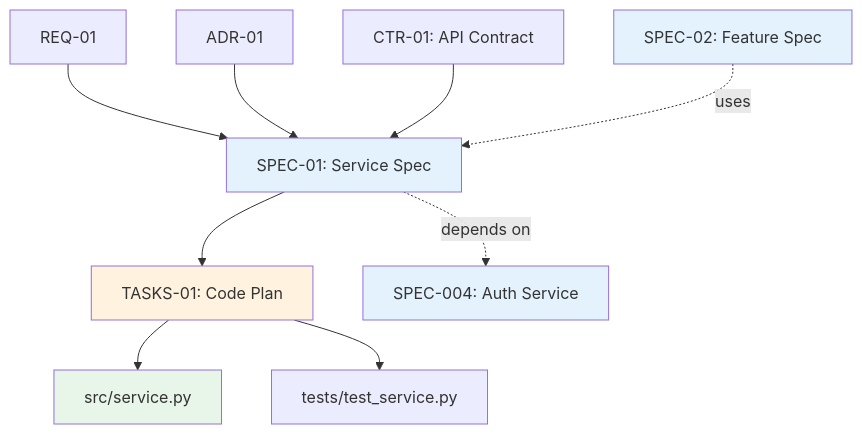
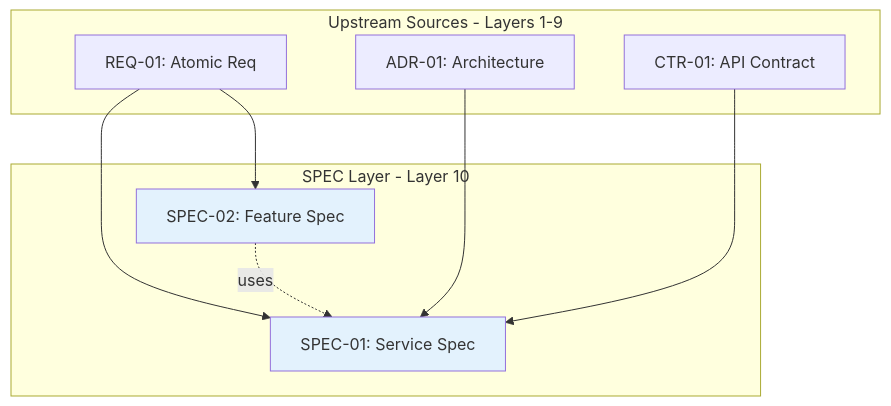
The diagram in ai_dev_flow/SPEC/SPEC-000_TRACEABILITY_MATRIX-TEMPLATE.md (vladm3105/aidoc-flow-framework), drawn with Mermaid before and after one commit. The commit also changed other lines of this file and 6 other files, not shown here.

First line of the commit message:
docs: refactor ADR traceability matrix to upstream-only focus

````diff
--- a/ai_dev_flow/SPEC/SPEC-000_TRACEABILITY_MATRIX-TEMPLATE.md
+++ b/ai_dev_flow/SPEC/SPEC-000_TRACEABILITY_MATRIX-TEMPLATE.md
@@ -327,19 +342,23 @@
 ```mermaid
 graph TD
-    REQ01[REQ-01] --> SPEC01[SPEC-01: Service Spec]
-    ADR001[ADR-01] --> SPEC01
-    CTR01[CTR-01: API Contract] --> SPEC01
+    subgraph Upstream[Upstream Sources - Layers 1-9]
+        REQ01[REQ-01: Atomic Req]
+        ADR001[ADR-01: Architecture]
+        CTR01[CTR-01: API Contract]
+    end
 
-    SPEC01 --> TASKS001[TASKS-01: Code Plan]
-    TASKS001 --> Code1[src/service.py]
-    TASKS001 --> Tests1[tests/test_service.py]
+    subgraph Current[SPEC Layer - Layer 10]
+        SPEC01[SPEC-01: Service Spec]
+        SPEC02[SPEC-02: Feature Spec]
+    end
 
-    SPEC01 -.depends on.-> SPEC004[SPEC-004: Auth Service]
-    SPEC002[SPEC-02: Feature Spec] -.uses.-> SPEC01
+    REQ01 --> SPEC01
+    ADR001 --> SPEC01
+    CTR01 --> SPEC01
+    REQ01 --> SPEC02
+
+    SPEC02 -.uses.-> SPEC01
 
     style SPEC01 fill:#e3f2fd
-    style SPEC002 fill:#e3f2fd
-    style SPEC004 fill:#e3f2fd
-    style TASKS001 fill:#fff3e0
-    style Code1 fill:#e8f5e9
+    style SPEC02 fill:#e3f2fd
 ```
````
